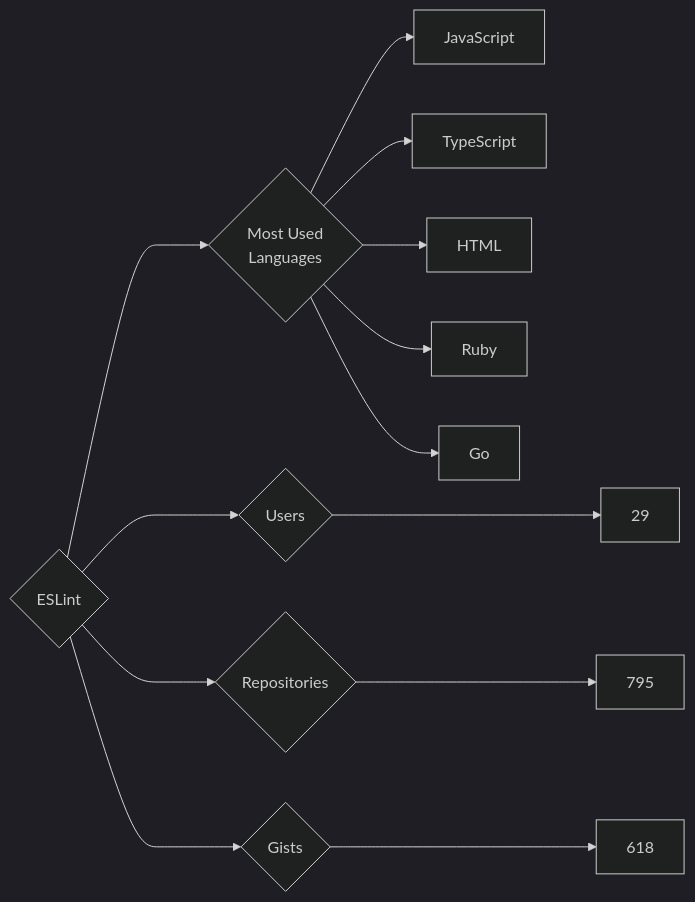
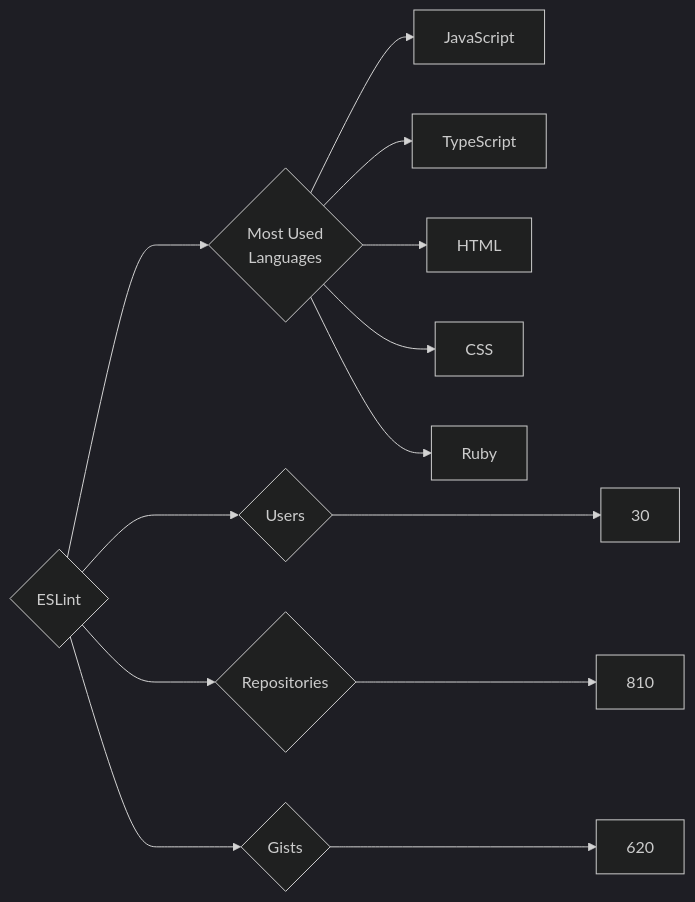
The diagram in targets/ESLint/README.md (trickest/insiders), drawn with Mermaid (dark theme) before and after one commit. The commit also changed 847 other files, not shown here.

````diff
--- a/targets/ESLint/README.md
+++ b/targets/ESLint/README.md
@@ -3,13 +3,13 @@
 ```mermaid
 graph LR
 COMPANY_NAME{ESLint}
-COMPANY_NAME ---> U{Users} ---> UN[29]
-COMPANY_NAME ---> R{Repositories} ---> RN[795]
-COMPANY_NAME ---> G{Gists} ---> GN[618]
+COMPANY_NAME ---> U{Users} ---> UN[30]
+COMPANY_NAME ---> R{Repositories} ---> RN[810]
+COMPANY_NAME ---> G{Gists} ---> GN[620]
 COMPANY_NAME ---> ML{Most Used<br>Languages}
 ML --> JavaScript[JavaScript]
 ML --> TypeScript[TypeScript]
 ML --> HTML[HTML]
+ML --> CSS[CSS]
 ML --> Ruby[Ruby]
-ML --> Go[Go]
 ```
````
